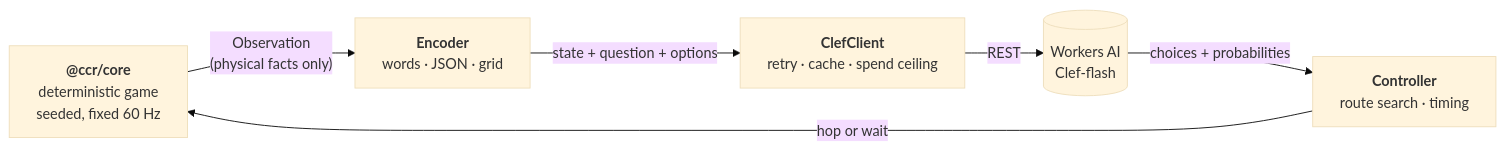
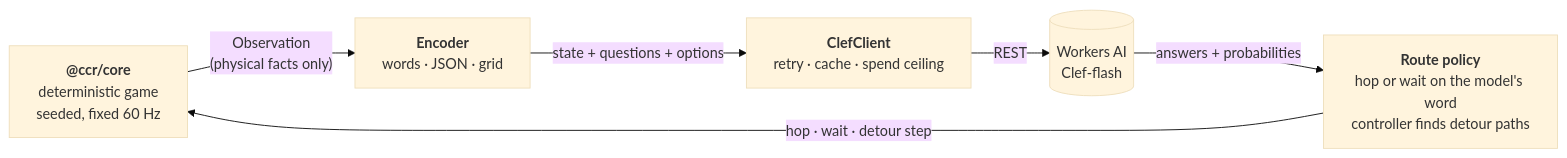
The diagram in README.md (ramon-victor/clef-crossy-road), drawn with Mermaid (base theme) before and after one commit. The commit also changed other lines of this file and 1 other file, not shown here.

````diff
--- a/README.md
+++ b/README.md
@@ -66,14 +78,14 @@
 ```mermaid
 flowchart LR
     G["<b>@ccr/core</b><br/>deterministic game<br/>seeded, fixed 60 Hz"]
     E["<b>Encoder</b><br/>words · JSON · grid"]
     C["<b>ClefClient</b><br/>retry · cache · spend ceiling"]
     W[("Workers AI<br/>Clef-flash")]
-    P["<b>Controller</b><br/>route search · timing"]
+    P["<b>Route policy</b><br/>hop or wait on the model's word<br/>controller finds detour paths"]
 
     G -- "Observation<br/>(physical facts only)" --> E
-    E -- "state + question + options" --> C
+    E -- "state + questions + options" --> C
     C -- REST --> W
-    W -- "choices + probabilities" --> P
-    P -- "hop or wait" --> G
+    W -- "answers + probabilities" --> P
+    P -- "hop · wait · detour step" --> G
 ```
````
